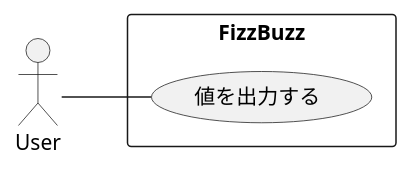
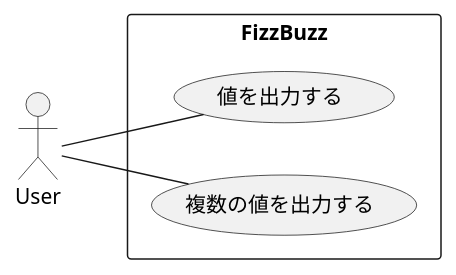
One commit to hiroshima-arc/aws_sam_nodejs_hands-on changed the first of 3 diagrams in docs/src/fizz_buzz.adoc. Above: the diagram before and after it, drawn with PlantUML. The commit also changed 6 other files, not shown here.

```diff
--- a/docs/src/fizz_buzz.adoc
+++ b/docs/src/fizz_buzz.adoc
@@ -22,9 +22,10 @@
 [plantuml]
 ----
 left to right direction
 skinparam packageStyle rectangle
 actor User
 rectangle FizzBuzz {
   User -- (値を出力する)
+  User -- (複数の値を出力する)
 }
 ----
```
